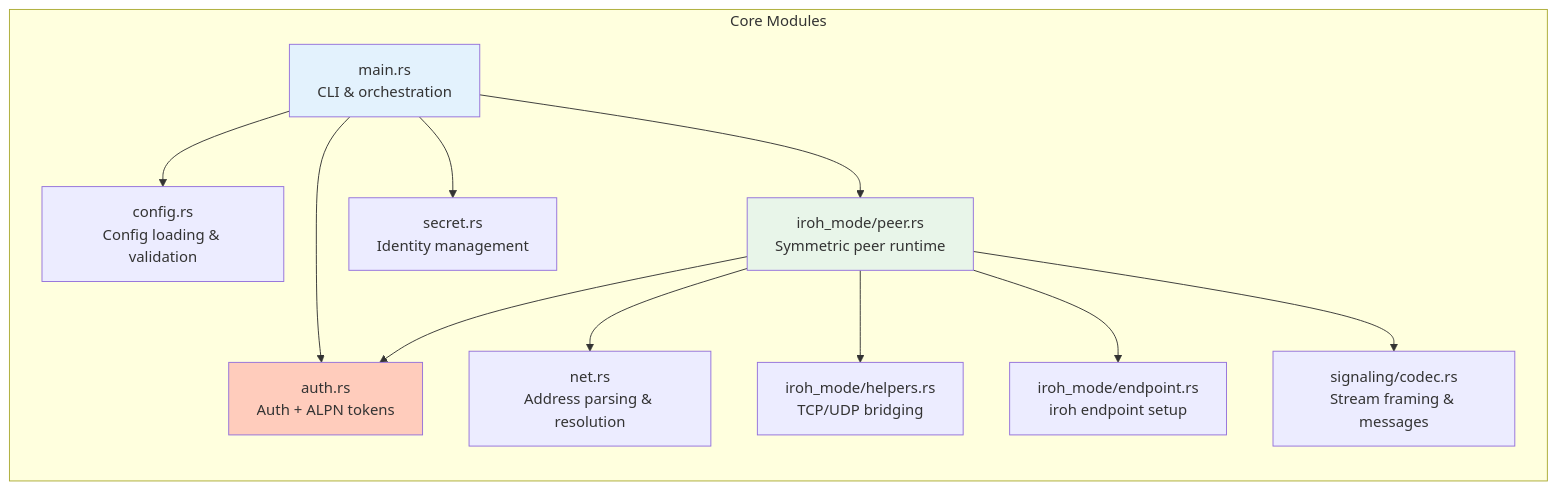
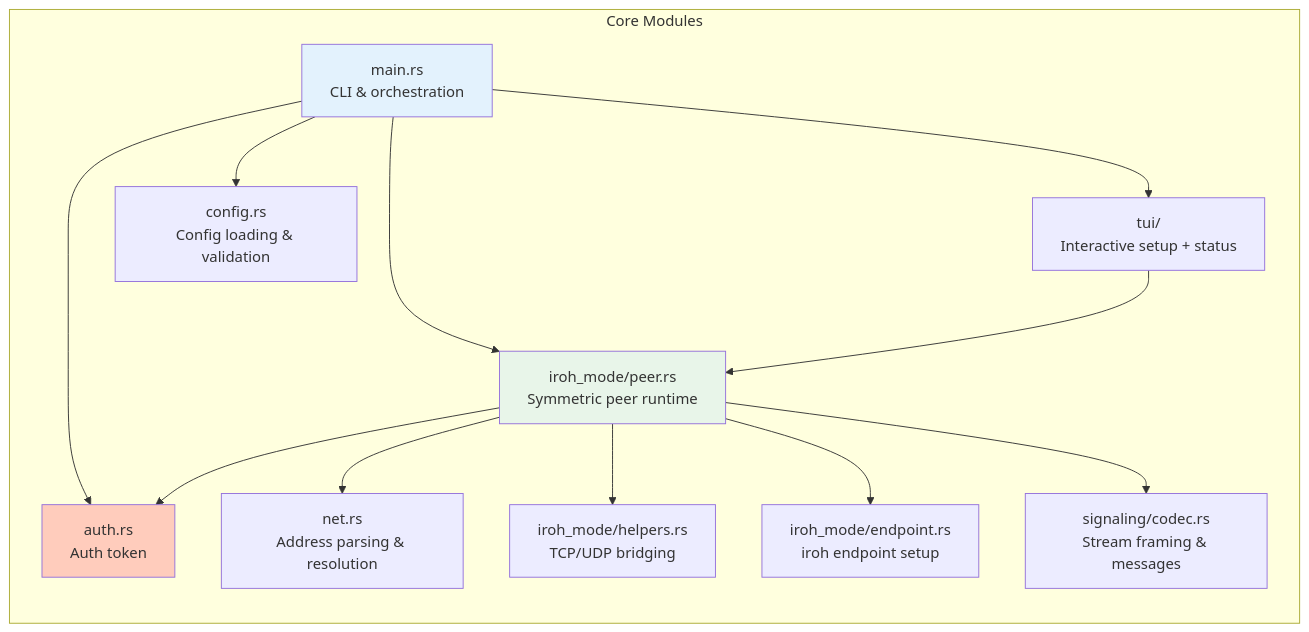
The second of 25 diagrams in docs/ARCHITECTURE.md (andrewtheguy/duopipe), drawn with Mermaid before and after one commit. The commit also changed other lines of this file and 14 other files, not shown here.

First line of the commit message:
feat(tui): implement interactive setup for peer configuration

````diff
--- a/docs/ARCHITECTURE.md
+++ b/docs/ARCHITECTURE.md
@@ -63,28 +75,29 @@
 ```mermaid
 graph LR
     subgraph "Core Modules"
         A[main.rs<br/>CLI & orchestration]
+        T[tui/<br/>Interactive setup + status]
         B[config.rs<br/>Config loading & validation]
         C[iroh_mode/peer.rs<br/>Symmetric peer runtime]
         C2[net.rs<br/>Address parsing & resolution]
         C3[iroh_mode/helpers.rs<br/>TCP/UDP bridging]
         D[iroh_mode/endpoint.rs<br/>iroh endpoint setup]
-        E[secret.rs<br/>Identity management]
-        E2[auth.rs<br/>Auth + ALPN tokens]
+        E2[auth.rs<br/>Auth token]
         F[signaling/codec.rs<br/>Stream framing & messages]
     end
 
+    A --> T
     A --> B
     A --> C
-    A --> E
     A --> E2
+    T --> C
     C --> C2
     C --> C3
     C --> D
     C --> E2
     C --> F
 
     style A fill:#E3F2FD
     style C fill:#E8F5E9
     style E2 fill:#FFCCBC
 ```
````
